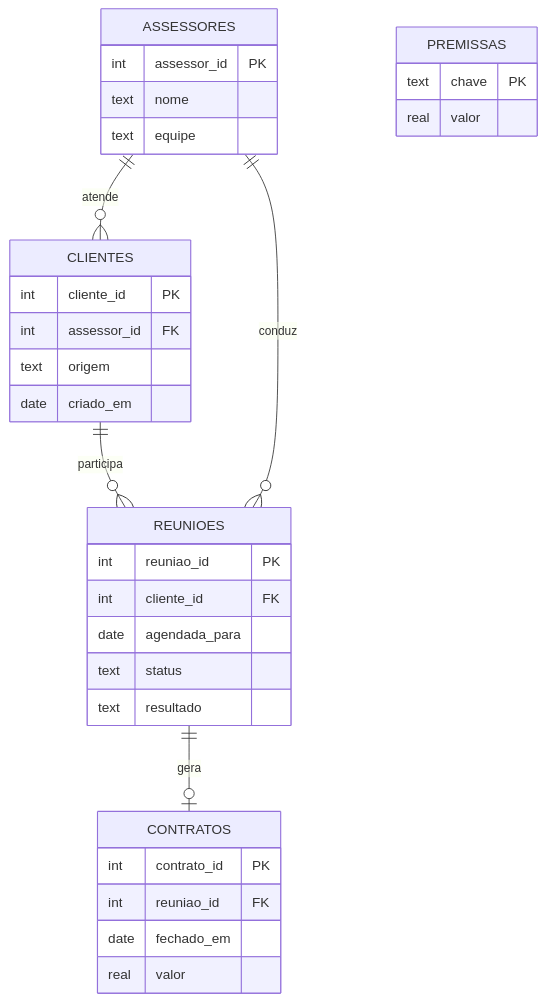
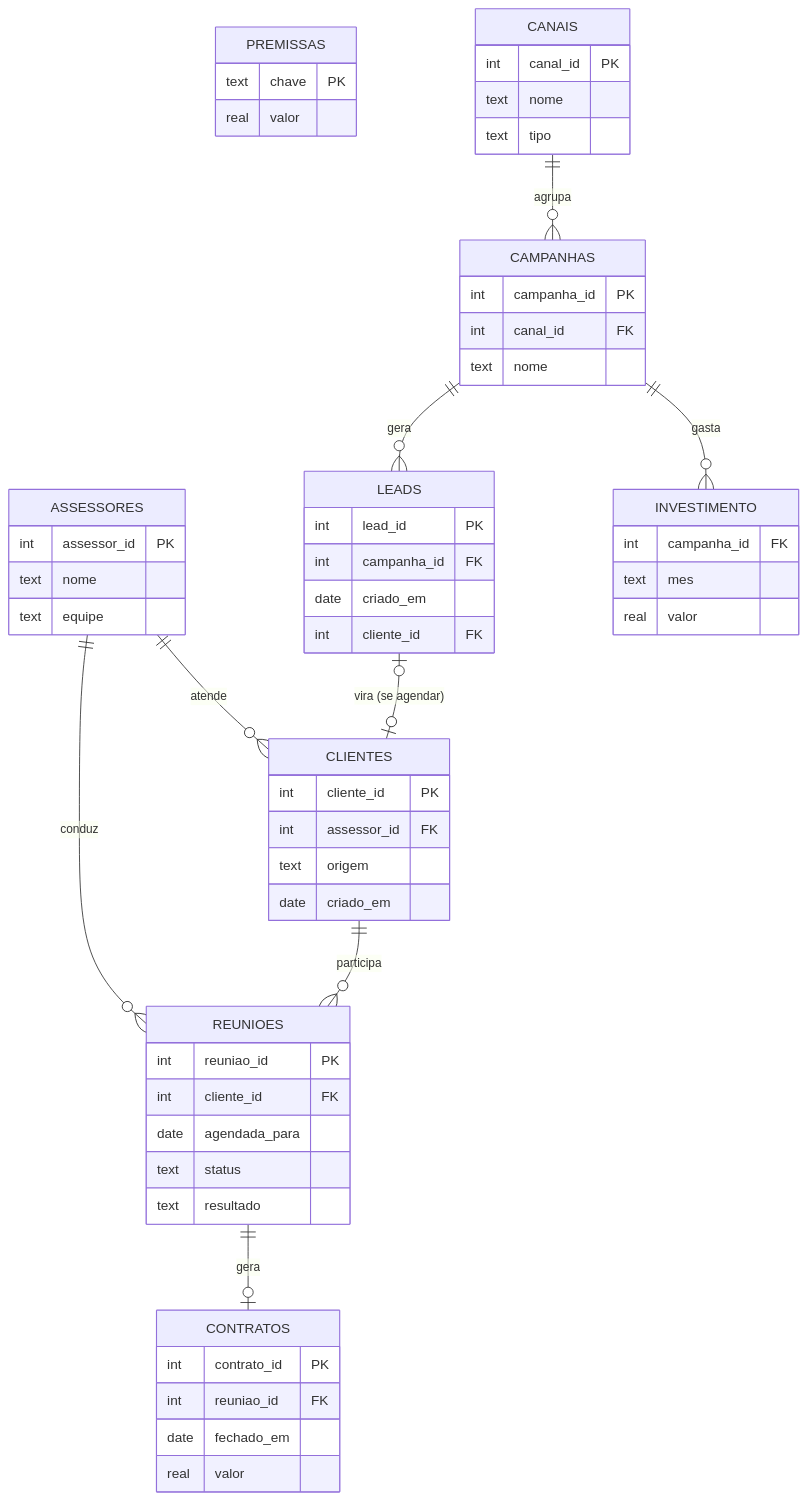
Before and after one commit to mlsantos92/funil-planejamento-sql: the diagram in README.md, drawn with Mermaid. The commit also changed other lines of this file and 13 other files, not shown here.

First line of the commit message:
Camada de aquisição: canais, campanhas, investimento e leads

````diff
--- a/README.md
+++ b/README.md
@@ -24,35 +28,60 @@
 ```mermaid
 erDiagram
     ASSESSORES ||--o{ CLIENTES : atende
     CLIENTES ||--o{ REUNIOES : participa
     ASSESSORES ||--o{ REUNIOES : conduz
     REUNIOES ||--o| CONTRATOS : gera
     ASSESSORES {
         int assessor_id PK
         text nome
         text equipe
     }
     CLIENTES {
         int cliente_id PK
         int assessor_id FK
         text origem
         date criado_em
     }
     REUNIOES {
         int reuniao_id PK
         int cliente_id FK
         date agendada_para
         text status
         text resultado
     }
     CONTRATOS {
         int contrato_id PK
         int reuniao_id FK
         date fechado_em
         real valor
     }
     PREMISSAS {
         text chave PK
         real valor
     }
+    CANAIS ||--o{ CAMPANHAS : agrupa
+    CAMPANHAS ||--o{ INVESTIMENTO : gasta
+    CAMPANHAS ||--o{ LEADS : gera
+    LEADS |o--o| CLIENTES : "vira (se agendar)"
+    CANAIS {
+        int canal_id PK
+        text nome
+        text tipo
+    }
+    CAMPANHAS {
+        int campanha_id PK
+        int canal_id FK
+        text nome
+    }
+    INVESTIMENTO {
+        int campanha_id FK
+        text mes
+        real valor
+    }
+    LEADS {
+        int lead_id PK
+        int campanha_id FK
+        date criado_em
+        int cliente_id FK
+    }
 ```
````
